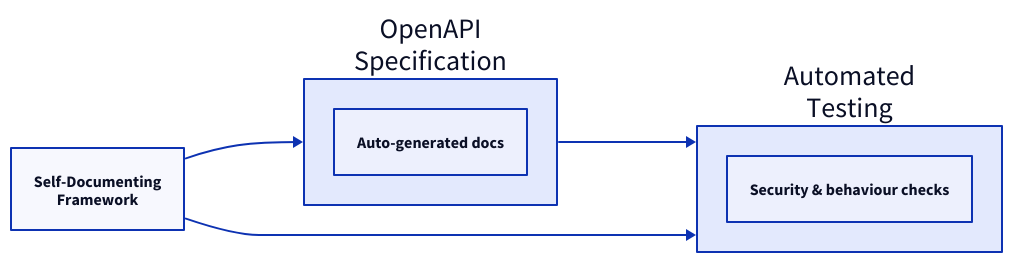
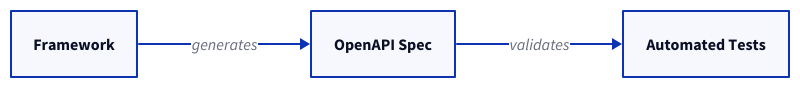
The diagram in development/003-apis.md (wagov-dtt/architecture-decision-records), drawn with D2 before and after one commit. The commit also changed other lines of this file and 18 other files, not shown here.

First line of the commit message:
docs: simplify diagrams and improve ADR clarity

````diff
--- a/development/003-apis.md
+++ b/development/003-apis.md
@@ -37,13 +38,10 @@
 ```d2
 direction: right
 
-framework: "Self-Documenting\nFramework"
-openapi: "OpenAPI\nSpecification" 
-testing: "Automated\nTesting"
+framework: Framework
+openapi: OpenAPI Spec
+testing: Automated Tests
 
-framework -> openapi -> testing
-framework -> testing
-
-openapi.note: "Auto-generated docs"
-testing.note: "Security & behaviour checks"
+framework -> openapi: generates
+openapi -> testing: validates
 ```
````
